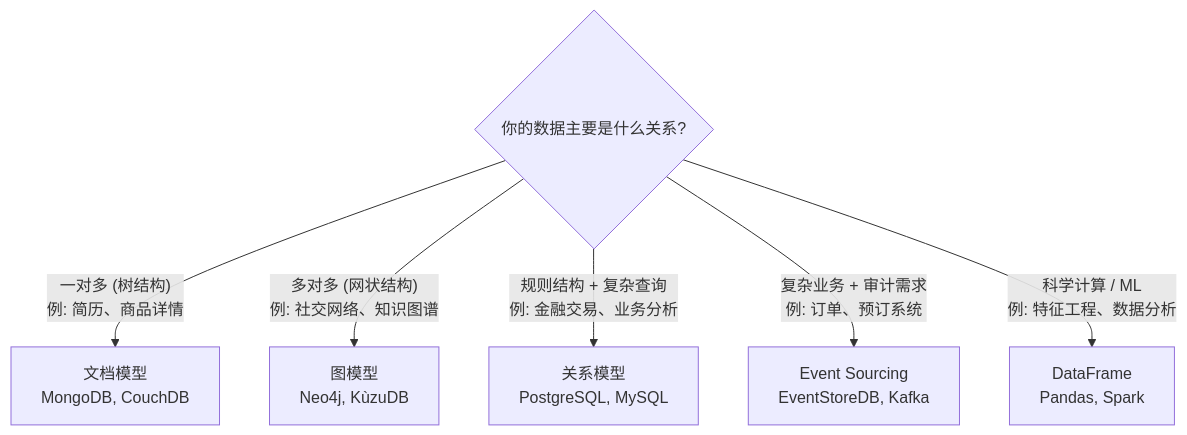
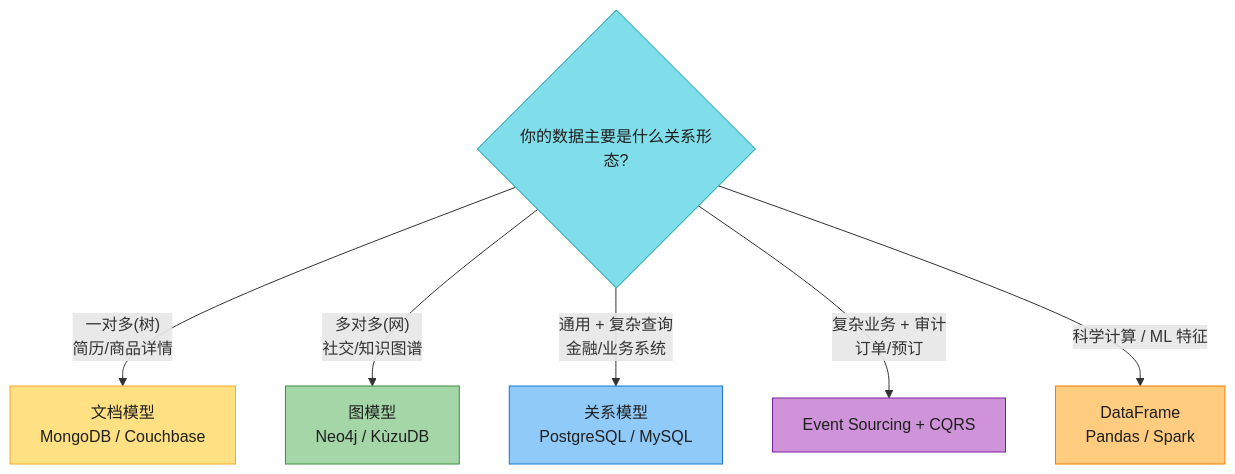
Before and after one commit to socoo123/ddia_2nd: the eighth of 16 diagrams in ch03-数据模型与查询语言.md, drawn with Mermaid. The commit also changed other lines of this file and 8 other files, not shown here.

First line of the commit message:
重写 ch01-ch09 读书笔记：风格统一 + 内容扩充 + 大量图表

````diff
--- a/ch03-数据模型与查询语言.md
+++ b/ch03-数据模型与查询语言.md
@@ -224,10 +296,17 @@
 ```mermaid
-graph TB
-    Q{"你的数据主要是什么关系?"}
+flowchart TB
+    Q{"你的数据主要是什么关系形态?"}
 
-    Q -->|"一对多 (树结构)<br/>例: 简历、商品详情"| DOC["文档模型<br/>MongoDB, CouchDB"]
-    Q -->|"多对多 (网状结构)<br/>例: 社交网络、知识图谱"| GRAPH["图模型<br/>Neo4j, KùzuDB"]
-    Q -->|"规则结构 + 复杂查询<br/>例: 金融交易、业务分析"| REL["关系模型<br/>PostgreSQL, MySQL"]
-    Q -->|"复杂业务 + 审计需求<br/>例: 订单、预订系统"| ES["Event Sourcing<br/>EventStoreDB, Kafka"]
-    Q -->|"科学计算 / ML<br/>例: 特征工程、数据分析"| DF["DataFrame<br/>Pandas, Spark"]
+    Q -->|"一对多(树)<br/>简历/商品详情"| DOC["文档模型<br/>MongoDB / Couchbase"]
+    Q -->|"多对多(网)<br/>社交/知识图谱"| GRAPH["图模型<br/>Neo4j / KùzuDB"]
+    Q -->|"通用 + 复杂查询<br/>金融/业务系统"| REL["关系模型<br/>PostgreSQL / MySQL"]
+    Q -->|"复杂业务 + 审计<br/>订单/预订"| ES["Event Sourcing + CQRS"]
+    Q -->|"科学计算 / ML 特征"| DF["DataFrame<br/>Pandas / Spark"]
+
+    style Q fill:#80DEEA,stroke:#0097A7,color:#1f1f1f
+    style DOC fill:#FFE082,stroke:#F9A825,color:#1f1f1f
+    style GRAPH fill:#A5D6A7,stroke:#388E3C,color:#1f1f1f
+    style REL fill:#90CAF9,stroke:#1976D2,color:#1f1f1f
+    style ES fill:#CE93D8,stroke:#7B1FA2,color:#1f1f1f
+    style DF fill:#FFCC80,stroke:#F57C00,color:#1f1f1f
 ```
````
